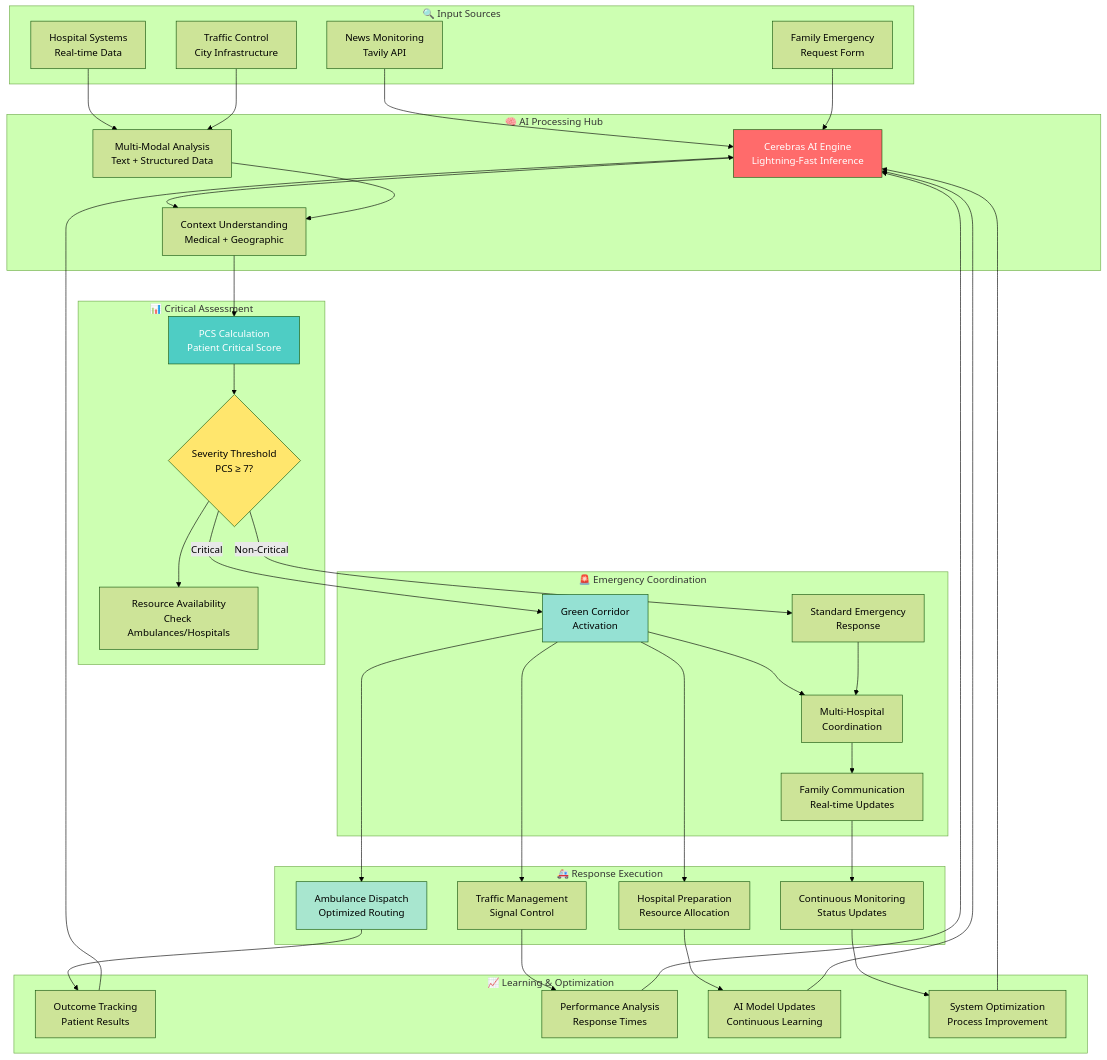
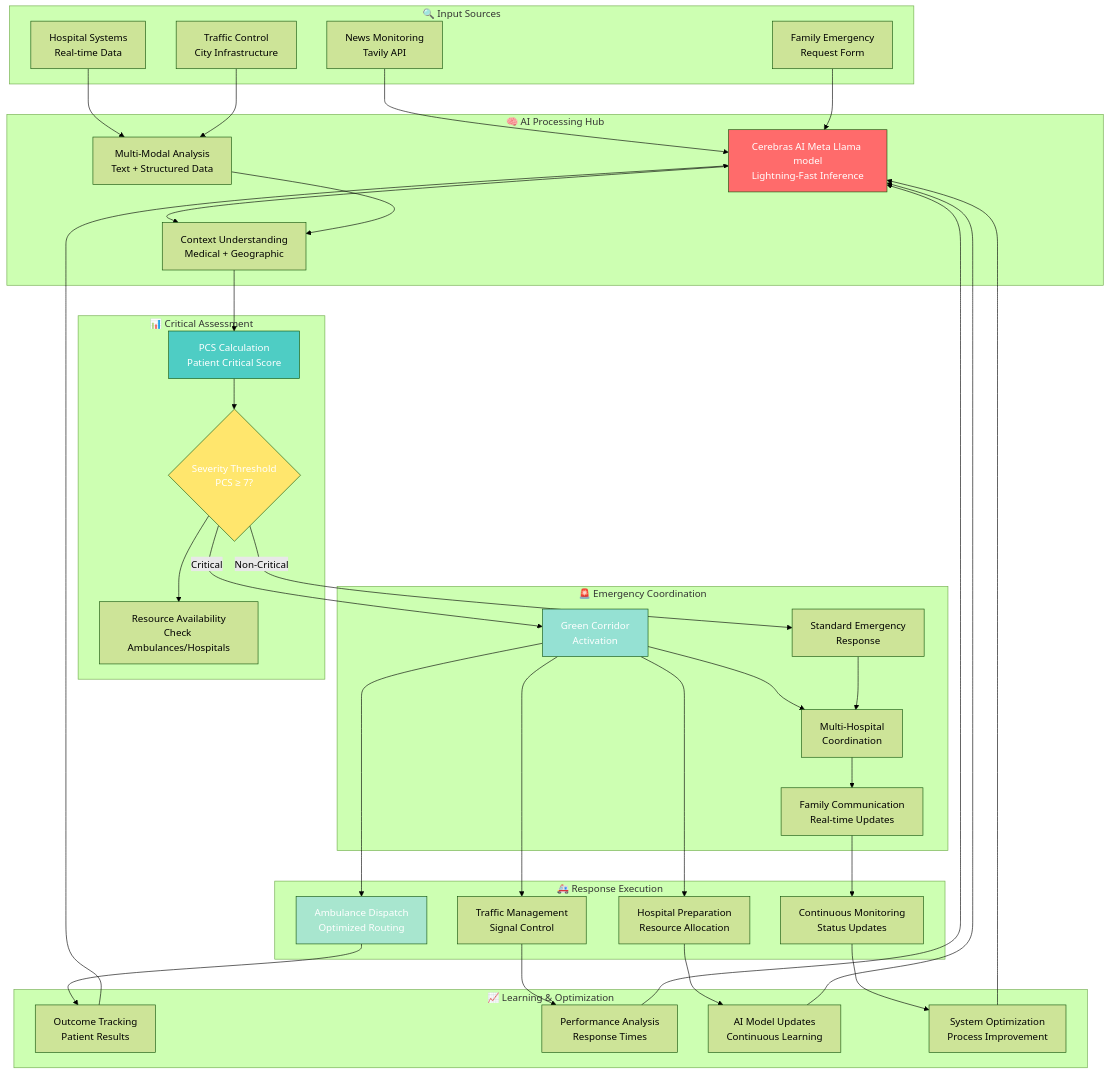
The second of 9 diagrams in README.md (anuj123upadhyay/llgca_agent), drawn with Mermaid (forest theme) before and after one commit. The commit also changed other lines of this file and 1 other file, not shown here.

````diff
--- a/README.md
+++ b/README.md
@@ -289,81 +324,81 @@
 ```mermaid
 graph TB
     subgraph "🔍 Input Sources"
         A[News Monitoring<br/>Tavily API]
         B[Family Emergency<br/>Request Form]
         C[Hospital Systems<br/>Real-time Data]
         D[Traffic Control<br/>City Infrastructure]
     end
 
     subgraph "🧠 AI Processing Hub"
-        E[Cerebras AI Engine<br/>Lightning-Fast Inference]
+        E[Cerebras AI Meta Llama model<br/>Lightning-Fast Inference]
         F[Multi-Modal Analysis<br/>Text + Structured Data]
         G[Context Understanding<br/>Medical + Geographic]
     end
 
     subgraph "📊 Critical Assessment"
         H[PCS Calculation<br/>Patient Critical Score]
         I{Severity Threshold<br/>PCS ≥ 7?}
         J[Resource Availability<br/>Check Ambulances/Hospitals]
     end
 
     subgraph "🚨 Emergency Coordination"
         K[Green Corridor<br/>Activation]
         L[Standard Emergency<br/>Response]
         M[Multi-Hospital<br/>Coordination]
         N[Family Communication<br/>Real-time Updates]
     end
 
     subgraph "🚑 Response Execution"
         O[Ambulance Dispatch<br/>Optimized Routing]
         P[Traffic Management<br/>Signal Control]
         Q[Hospital Preparation<br/>Resource Allocation]
         R[Continuous Monitoring<br/>Status Updates]
     end
 
     subgraph "📈 Learning & Optimization"
         S[Outcome Tracking<br/>Patient Results]
         T[Performance Analysis<br/>Response Times]
         U[AI Model Updates<br/>Continuous Learning]
         V[System Optimization<br/>Process Improvement]
     end
 
     A --> E
     B --> E
     C --> F
     D --> F
 
     E --> G
     F --> G
 
     G --> H
     H --> I
     I --> J
 
     I -->|Critical| K
     I -->|Non-Critical| L
     K --> M
     L --> M
     M --> N
 
     K --> O
     K --> P
     K --> Q
     N --> R
 
     O --> S
     P --> T
     Q --> U
     R --> V
 
     S --> E
     T --> E
     U --> E
     V --> E
 
     style E fill:#ff6b6b,color:#fff
     style H fill:#4ecdc4,color:#fff
-    style I fill:#ffe66d
-    style K fill:#95e1d3
-    style O fill:#a8e6cf
+    style I fill:#ffe66d,color:#fff
+    style K fill:#95e1d3,color:#fff
+    style O fill:#a8e6cf,color:#fff
 ```
````
